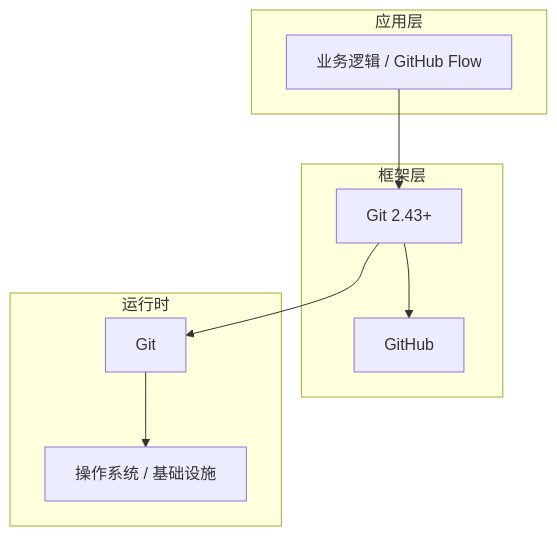
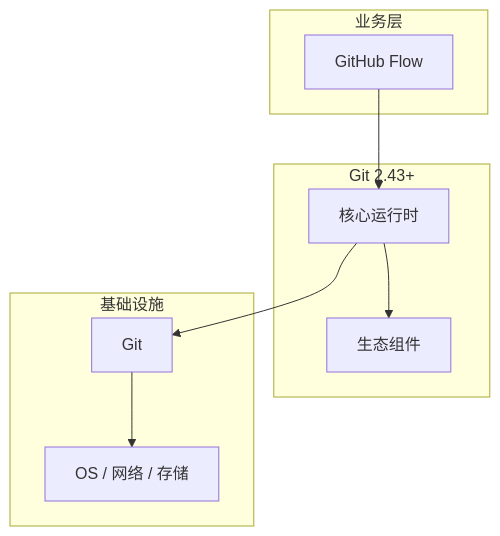
The diagram in articles/Git版本控制/chapters/041-GitHub-Flow核心概念与原理.md (yanggan2015/knowledge-json-v2), drawn with Mermaid before and after one commit. The commit also changed other lines of this file and 10127 other files, not shown here.

````diff
--- a/articles/Git版本控制/chapters/041-GitHub-Flow核心概念与原理.md
+++ b/articles/Git版本控制/chapters/041-GitHub-Flow核心概念与原理.md
@@ -45,18 +34,18 @@
 ```mermaid
 graph TB
-    subgraph 应用层
-        A[业务逻辑 / GitHub Flow]
+    subgraph 业务层
+        A[GitHub Flow]
     end
-    subgraph 框架层
-        B[Git 2.43+]
-        C[GitHub]
+    subgraph Git 2.43+
+        B[核心运行时]
+        C[生态组件]
     end
-    subgraph 运行时
+    subgraph 基础设施
         D[Git]
-        E[操作系统 / 基础设施]
+        E[OS / 网络 / 存储]
     end
     A --> B
     B --> C
     B --> D
     D --> E
 ```
````
